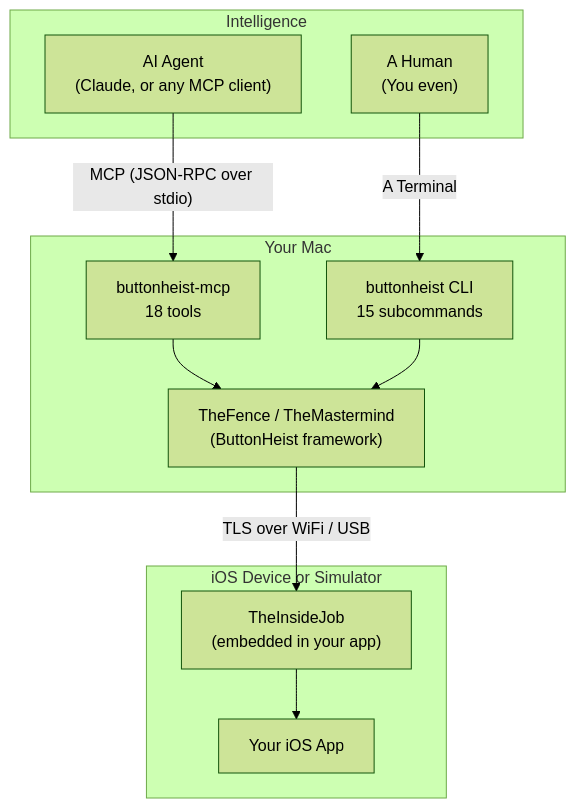
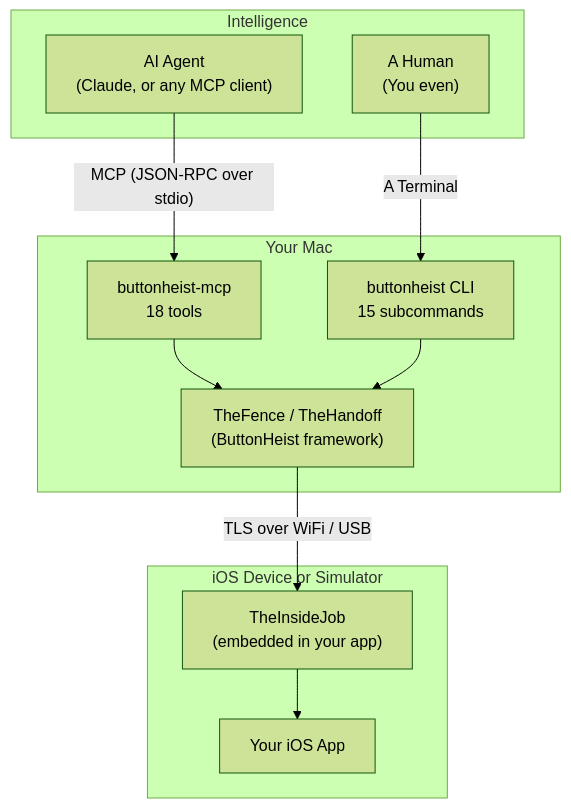
Before and after one commit to RoyalPineapple/TheButtonHeist: the diagram in README.md, drawn with Mermaid (forest theme). The commit also changed other lines of this file and 41 other files, not shown here.

First line of the commit message:
Remove TheMastermind — TheFence talks to TheHandoff directly (#153)

````diff
--- a/README.md
+++ b/README.md
@@ -79,34 +79,34 @@
 ```mermaid
 %% If you can read this, the diagram isn't rendering. Try github.com in a browser.
 graph TD
     AI["AI Agent<br/>(Claude, or any MCP client)"]
     HUMAN["A Human<br/>(You even)"]
     MCP["buttonheist-mcp<br/>18 tools"]
     CLI["buttonheist CLI<br/>15 subcommands"]
-    Client["TheFence / TheMastermind<br/>(ButtonHeist framework)"]
+    Client["TheFence / TheHandoff<br/>(ButtonHeist framework)"]
     IJ["TheInsideJob<br/>(embedded in your app)"]
     App["Your iOS App"]
 
     AI -->|"MCP (JSON-RPC over stdio)"| MCP
     MCP --> Client
     HUMAN -->|"A Terminal"| CLI
     CLI --> Client
     Client -->|"TLS over WiFi / USB"| IJ
     IJ --> App
 
     subgraph Intelligence["Intelligence"]
         HUMAN
         AI
     end
 
     subgraph Mac["Your Mac"]
         MCP
         CLI
         Client
     end
 
     subgraph Device["iOS Device or Simulator"]
         IJ
         App
     end
 ```
````
